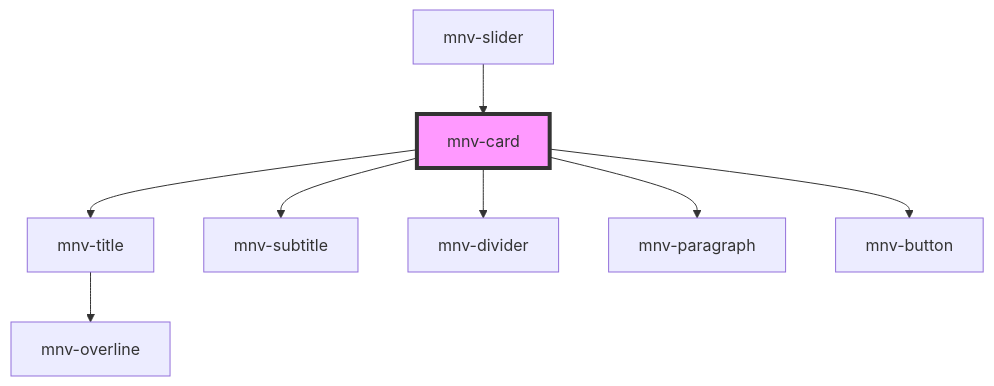
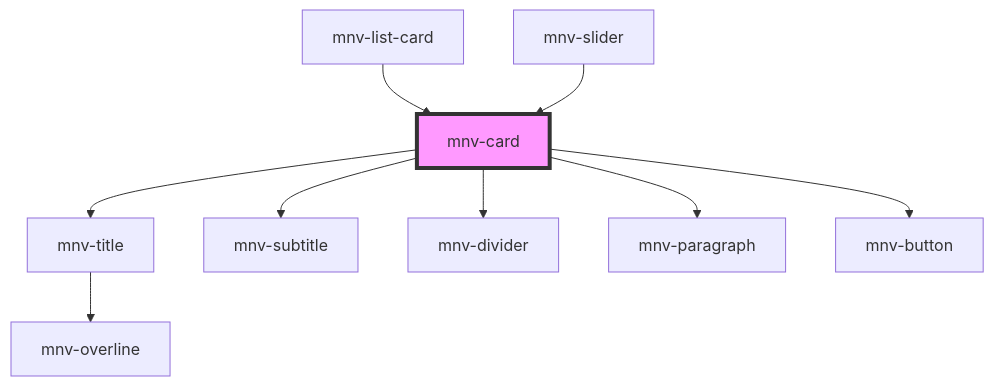
Before and after one commit to rafaela-vairo/ufrj-sustainable: the diagram in src/components/layout/mnv-card/readme.md, drawn with Mermaid. The commit also changed other lines of this file and 26 other files, not shown here.

````diff
--- a/src/components/layout/mnv-card/readme.md
+++ b/src/components/layout/mnv-card/readme.md
@@ -34,11 +35,12 @@
 ```mermaid
 graph TD;
   mnv-card --> mnv-title
   mnv-card --> mnv-subtitle
   mnv-card --> mnv-divider
   mnv-card --> mnv-paragraph
   mnv-card --> mnv-button
   mnv-title --> mnv-overline
+  mnv-list-card --> mnv-card
   mnv-slider --> mnv-card
   style mnv-card fill:#f9f,stroke:#333,stroke-width:4px
 ```
````
